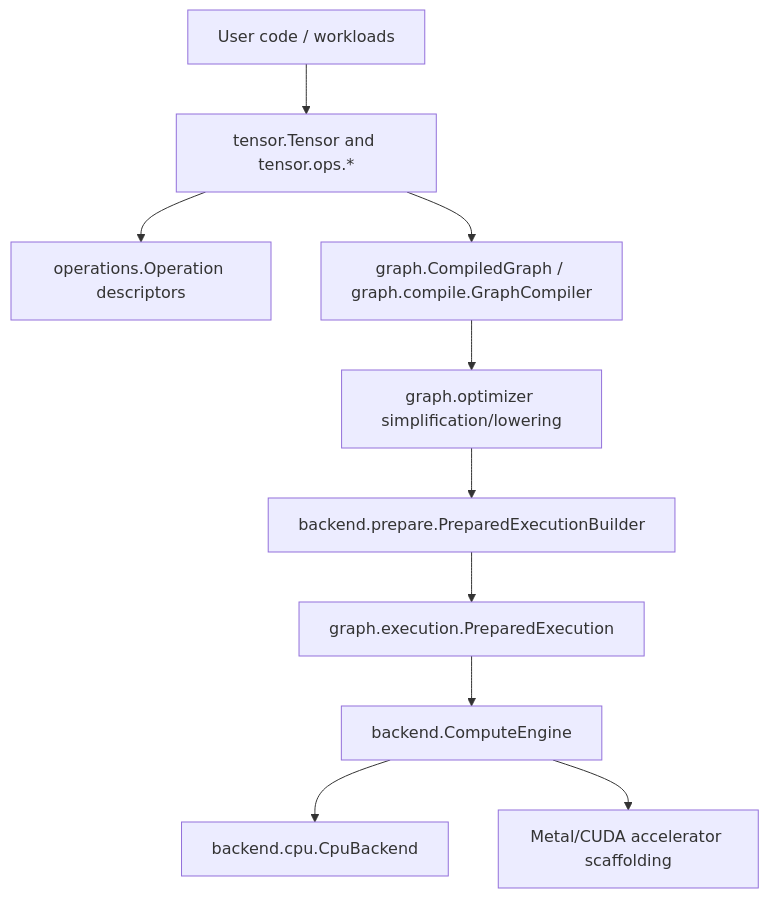
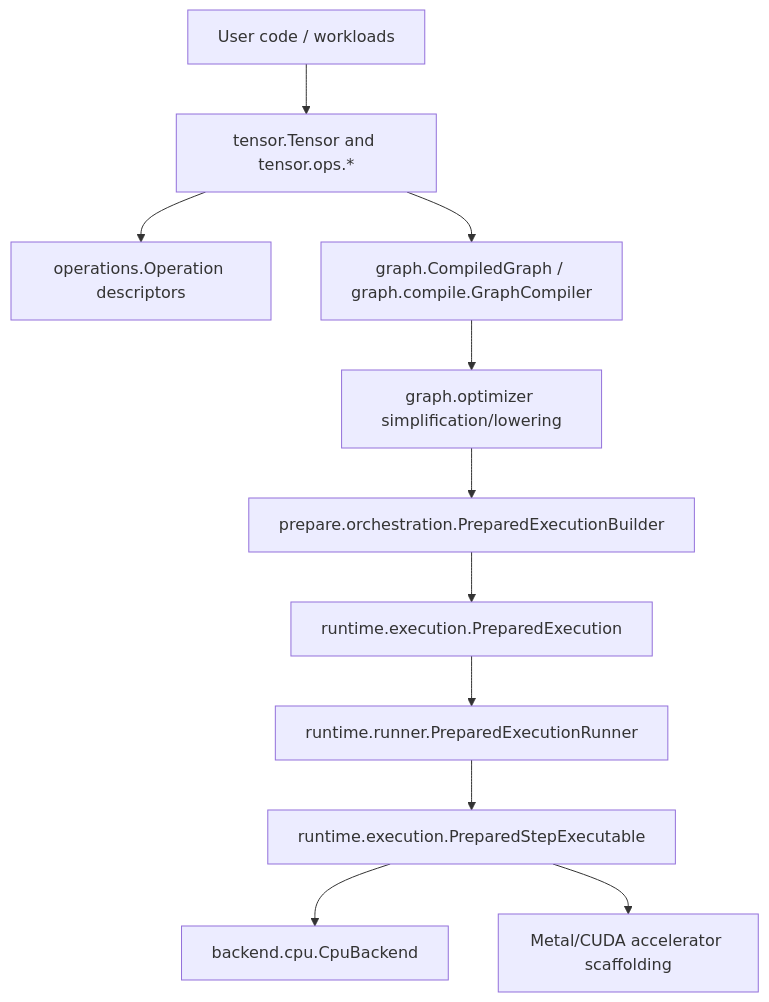
Before and after one commit to pho001/Synaptik: the first of 6 diagrams in docs/architecture.md, drawn with Mermaid. The commit also changed other lines of this file and 517 other files, not shown here.

````diff
--- a/docs/architecture.md
+++ b/docs/architecture.md
@@ -37,23 +37,25 @@
 ```mermaid
 flowchart TD
     UserCode["User code / workloads"]
     Tensor["tensor.Tensor and tensor.ops.*"]
     Operation["operations.Operation descriptors"]
     Compiler["graph.CompiledGraph / graph.compile.GraphCompiler"]
     Optimizer["graph.optimizer simplification/lowering"]
-    Prepare["backend.prepare.PreparedExecutionBuilder"]
-    Execution["graph.execution.PreparedExecution"]
-    Engine["backend.ComputeEngine"]
+    Prepare["prepare.orchestration.PreparedExecutionBuilder"]
+    Execution["runtime.execution.PreparedExecution"]
+    Runner["runtime.runner.PreparedExecutionRunner"]
+    Executable["runtime.execution.PreparedStepExecutable"]
     CPU["backend.cpu.CpuBackend"]
     Accel["Metal/CUDA accelerator scaffolding"]
 
     UserCode --> Tensor
     Tensor --> Operation
     Tensor --> Compiler
     Compiler --> Optimizer
     Optimizer --> Prepare
     Prepare --> Execution
-    Execution --> Engine
-    Engine --> CPU
-    Engine --> Accel
+    Execution --> Runner
+    Runner --> Executable
+    Executable --> CPU
+    Executable --> Accel
 ```
````
